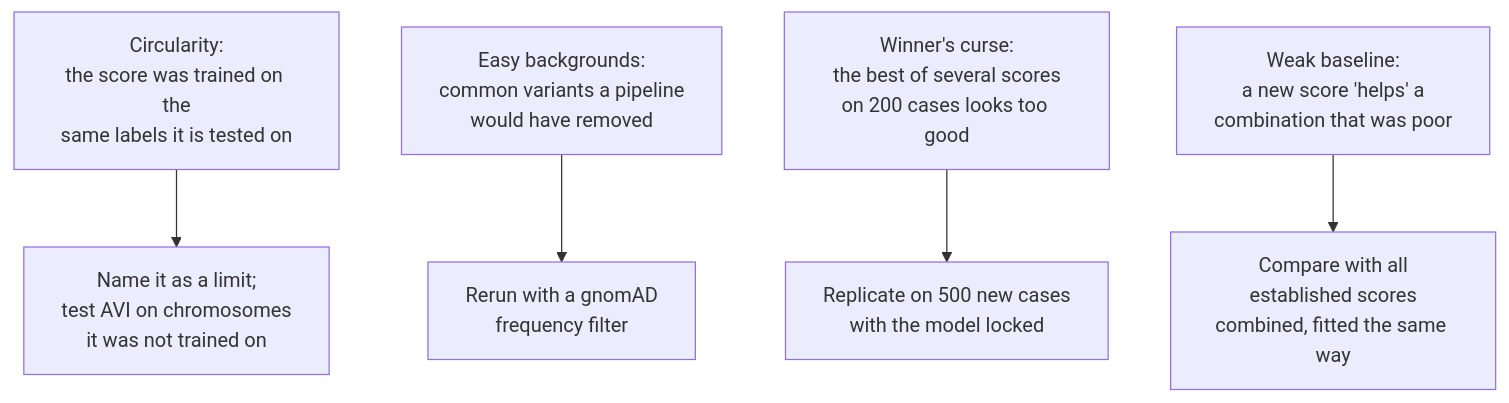
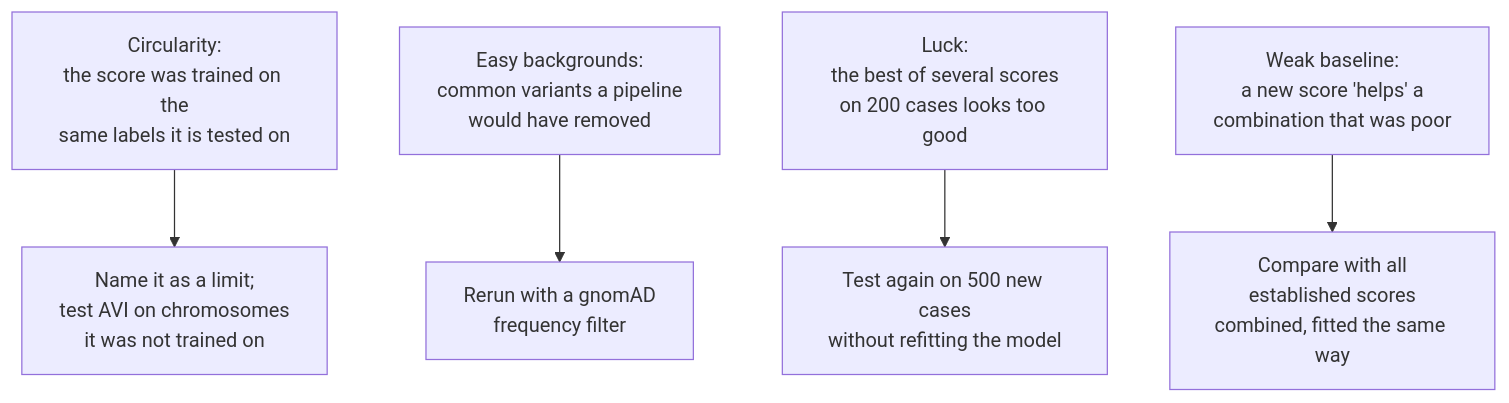
One commit to rewire-bio/amp-2026-studies changed the sixth of 16 diagrams in GUIDE.md. Above: the diagram before and after it, drawn with Mermaid. The commit also changed other lines of this file and 1 other file, not shown here.

````diff
--- a/GUIDE.md
+++ b/GUIDE.md
@@ -149,7 +183,7 @@
 ```mermaid
 flowchart TB
     t1["Circularity:<br/>the score was trained on the<br/>same labels it is tested on"] --> c1["Name it as a limit;<br/>test AVI on chromosomes<br/>it was not trained on"]
     t2["Easy backgrounds:<br/>common variants a pipeline<br/>would have removed"] --> c2["Rerun with a gnomAD<br/>frequency filter"]
-    t3["Winner's curse:<br/>the best of several scores<br/>on 200 cases looks too good"] --> c3["Replicate on 500 new cases<br/>with the model locked"]
+    t3["Luck:<br/>the best of several scores<br/>on 200 cases looks too good"] --> c3["Test again on 500 new cases<br/>without refitting the model"]
     t4["Weak baseline:<br/>a new score 'helps' a<br/>combination that was poor"] --> c4["Compare with all<br/>established scores<br/>combined, fitted the same way"]
 ```
````
